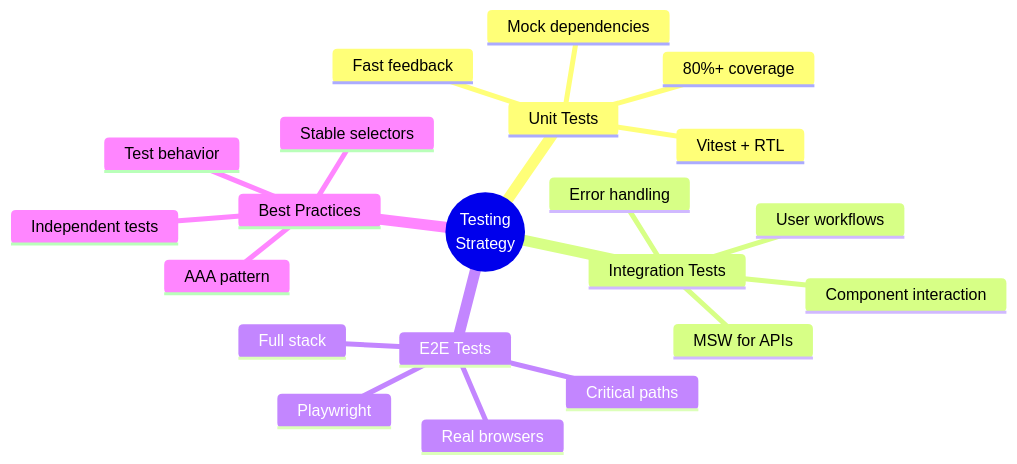
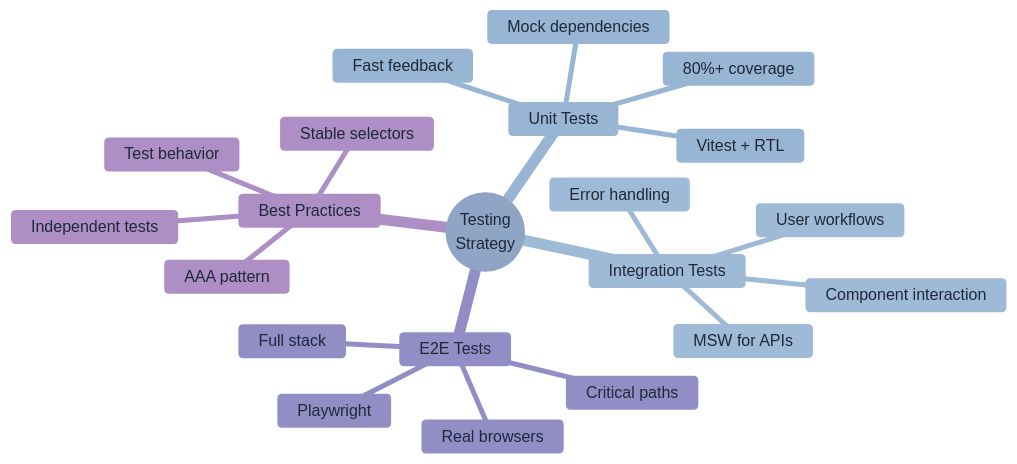
One commit to 3DHDSoft/devmultiplier-academy changed the sixth of 6 diagrams in doc/testing-strategy-nextjs.md. Above: the diagram before and after it, drawn with Mermaid. The commit also changed other lines of this file and 19 other files, not shown here.

````diff
--- a/doc/testing-strategy-nextjs.md
+++ b/doc/testing-strategy-nextjs.md
@@ -839,24 +889,34 @@
 ```mermaid
-mindmap
+%%{init: {'theme': 'base', 'themeVariables': {
+  'primaryColor': '#e2e8f0',
+  'primaryTextColor': '#1e293b',
+  'primaryBorderColor': '#cbd5e1',
+  'lineColor': '#94a3b8',
+  'secondaryColor': '#f1f5f9',
+  'tertiaryColor': '#f8fafc',
+  'background': '#ffffff',
+  'textColor': '#334155',
+  'fontFamily': 'system-ui, -apple-system, sans-serif'
+}}}%%mindmap
   root((Testing<br/>Strategy))
     Unit Tests
       Fast feedback
       80%+ coverage
       Vitest + RTL
       Mock dependencies
     Integration Tests
       Component interaction
       MSW for APIs
       User workflows
       Error handling
     E2E Tests
       Critical paths
       Playwright
       Real browsers
       Full stack
     Best Practices
       Test behavior
       AAA pattern
       Independent tests
       Stable selectors
 ```
````
